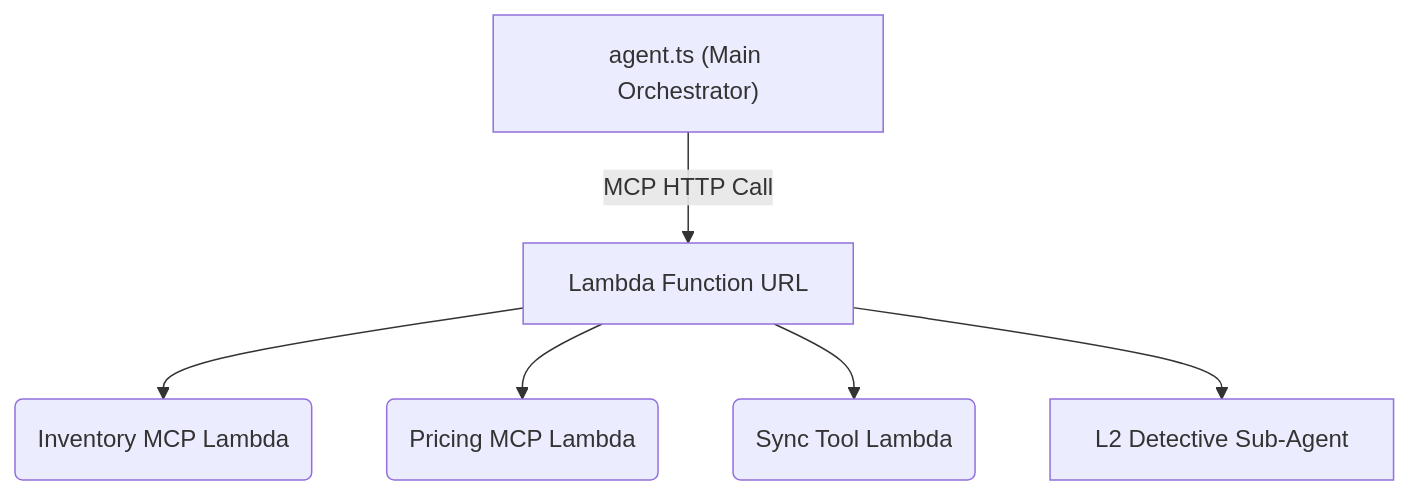
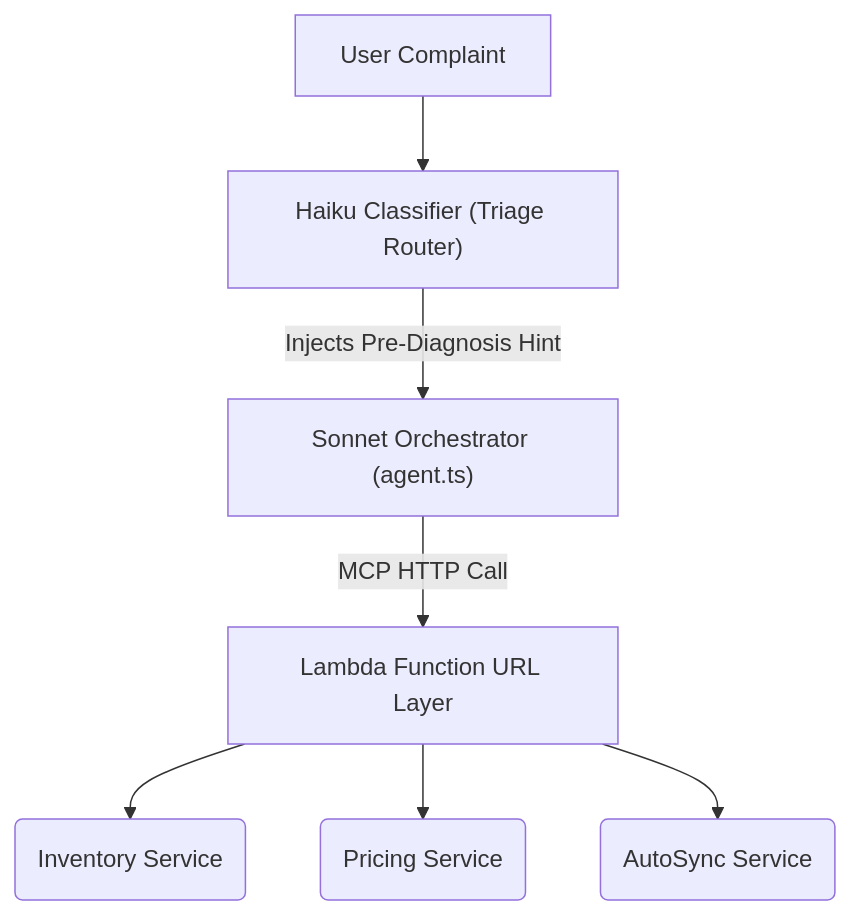
The first of 3 diagrams in ARCHITECTURE.md (sujithpvarghese/bedrock-agent-core-operations-hub-mcp), drawn with Mermaid before and after one commit. The commit also changed other lines of this file and 6 other files, not shown here.

````diff
--- a/ARCHITECTURE.md
+++ b/ARCHITECTURE.md
@@ -16,9 +16,12 @@
 ```mermaid
 graph TD
-    Agent["agent.ts (Main Orchestrator)"] -->|"MCP HTTP Call"| LambdaURL["Lambda Function URL"]
+    User["User Complaint"] --> Classifier["Haiku Classifier (Triage Router)"]
     
-    LambdaURL --> InvLambda("Inventory MCP Lambda")
-    LambdaURL --> PriceLambda("Pricing MCP Lambda")
-    LambdaURL --> SyncLambda("Sync Tool Lambda")
-    LambdaURL --> SubAgent["L2 Detective Sub-Agent"]
+    Classifier -->|"Injects Pre-Diagnosis Hint"| Agent["Sonnet Orchestrator (agent.ts)"]
+    
+    Agent -->|"MCP HTTP Call"| LambdaURL["Lambda Function URL Layer"]
+    
+    LambdaURL --> InvLambda("Inventory Service")
+    LambdaURL --> PriceLambda("Pricing Service")
+    LambdaURL --> SyncLambda("AutoSync Service")
 ```
````
